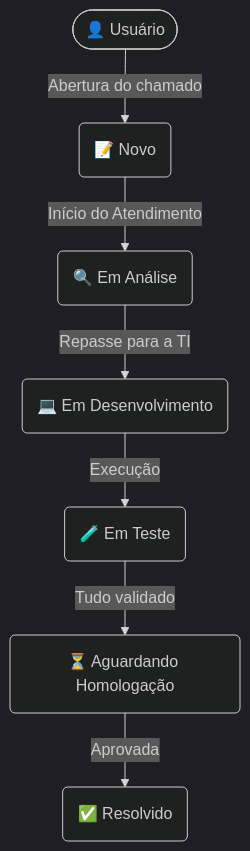
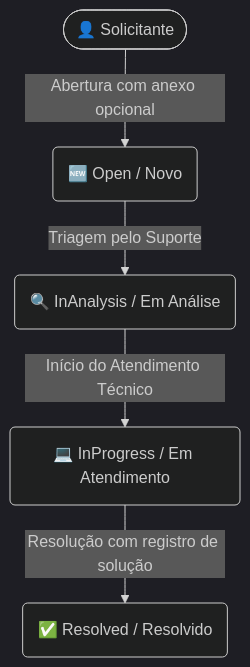
The first of 3 diagrams in docs/ABOUT_PROJECT.md (LucasAlberto0/AbaDeskBack), drawn with Mermaid (dark theme) before and after one commit. The commit also changed other lines of this file and 6 other files, not shown here.

Commit message:
docs: atualiza documentacao tecnica do backend com arquitetura, endpoints, schema e testes

````diff
--- a/docs/ABOUT_PROJECT.md
+++ b/docs/ABOUT_PROJECT.md
@@ -43,9 +35,7 @@
 ```mermaid
 graph TD
-    U([👤 Usuário]) -->|Abertura do chamado| N(📝 Novo)
-    N -->|Início do Atendimento| A(🔍 Em Análise)
-    A -->|Repasse para a TI| D(💻 Em Desenvolvimento)
-    D -->|Execução| T(🧪 Em Teste)
-    T -->|Tudo validado| H(⏳ Aguardando Homologação)
-    H -->|Aprovada| R(✅ Resolvido)
+    U([👤 Solicitante]) -->|Abertura com anexo opcional| Open(🆕 Open / Novo)
+    Open -->|Triagem pelo Suporte| InAnalysis(🔍 InAnalysis / Em Análise)
+    InAnalysis -->|Início do Atendimento Técnico| InProgress(💻 InProgress / Em Atendimento)
+    InProgress -->|Resolução com registro de solução| Resolved(✅ Resolved / Resolvido)
 ```
````
